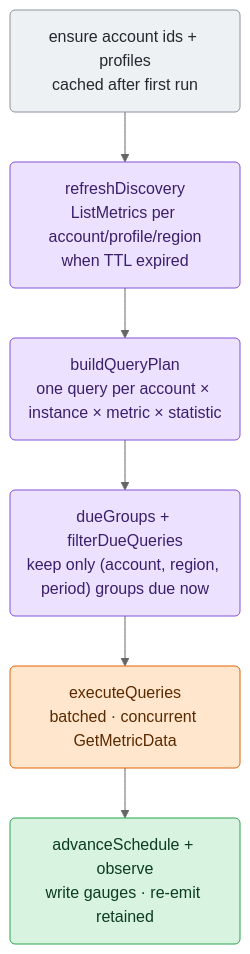
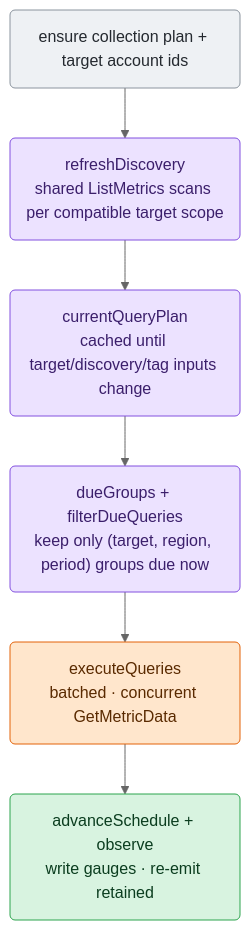
Before and after one commit to netdata/netdata: the third of 3 diagrams in src/go/plugin/go.d/collector/cloudwatch/ARCHITECTURE.md, drawn with Mermaid (neutral theme). The commit also changed other lines of this file and 51 other files, not shown here.

````diff
--- a/src/go/plugin/go.d/collector/cloudwatch/ARCHITECTURE.md
+++ b/src/go/plugin/go.d/collector/cloudwatch/ARCHITECTURE.md
@@ -117,21 +121,21 @@
 ```mermaid
 flowchart TD
-    A("ensure account ids + profiles<br/>cached after first run")
-    B("refreshDiscovery<br/>ListMetrics per account/profile/region<br/>when TTL expired")
-    C("buildQueryPlan<br/>one query per account × instance × metric × statistic")
-    D("dueGroups + filterDueQueries<br/>keep only (account, region, period) groups due now")
+    A("ensure collection plan + target account ids")
+    B("refreshDiscovery<br/>shared ListMetrics scans per compatible target scope")
+    C("currentQueryPlan<br/>cached until target/discovery/tag inputs change")
+    D("dueGroups + filterDueQueries<br/>keep only (target, region, period) groups due now")
     E("executeQueries<br/>batched · concurrent GetMetricData")
     F("advanceSchedule + observe<br/>write gauges · re-emit retained")
 
     A --> B --> C --> D --> E --> F
 
     classDef input fill:#eef1f4,stroke:#8b949e,color:#24292f;
     classDef sched fill:#ece2ff,stroke:#8250df,color:#3b1f6b;
     classDef effect fill:#ffe6cc,stroke:#e36209,color:#5a2a00;
     classDef commit fill:#d8f3e0,stroke:#2da44e,color:#0b3d1f;
 
     class A input
     class B,C,D sched
     class E effect
     class F commit
 ```
````
